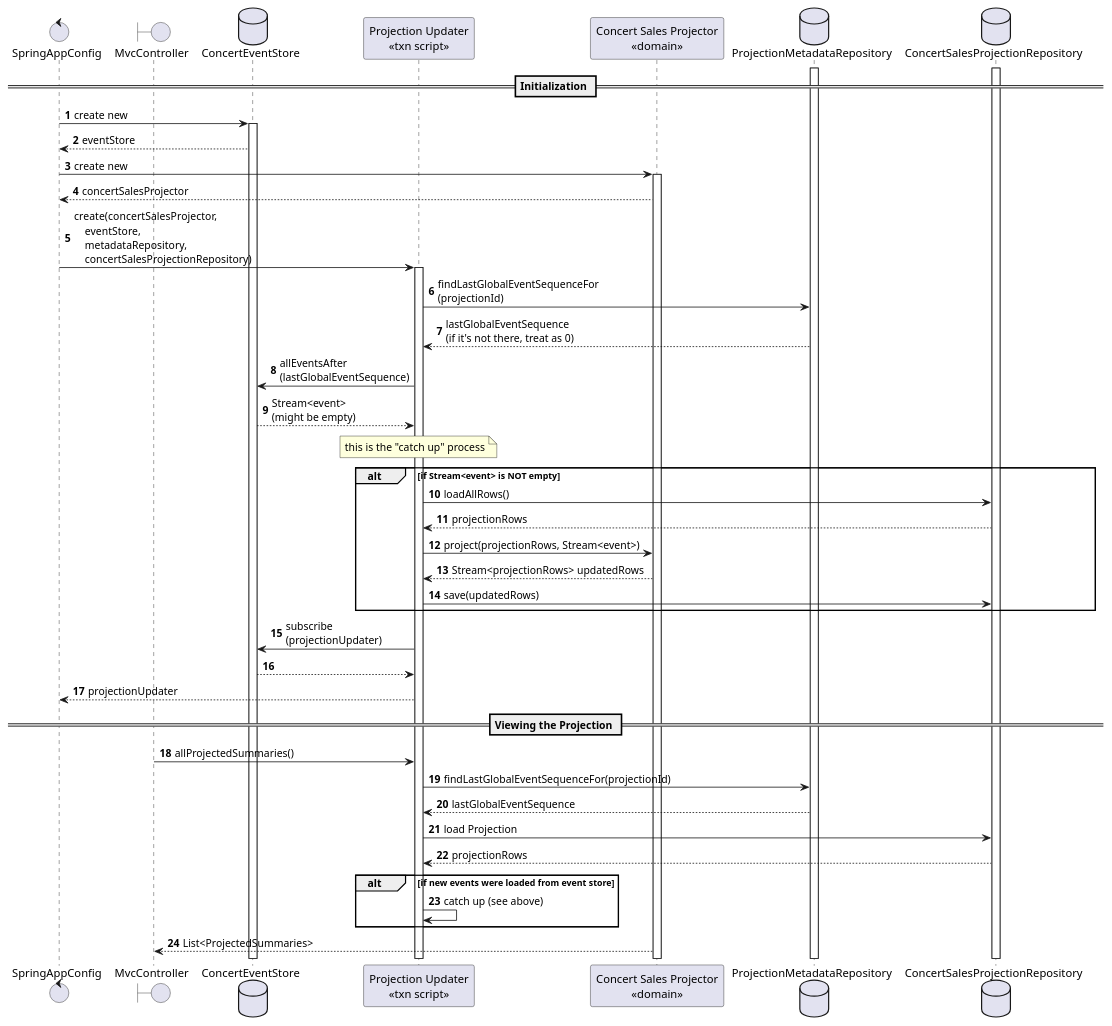
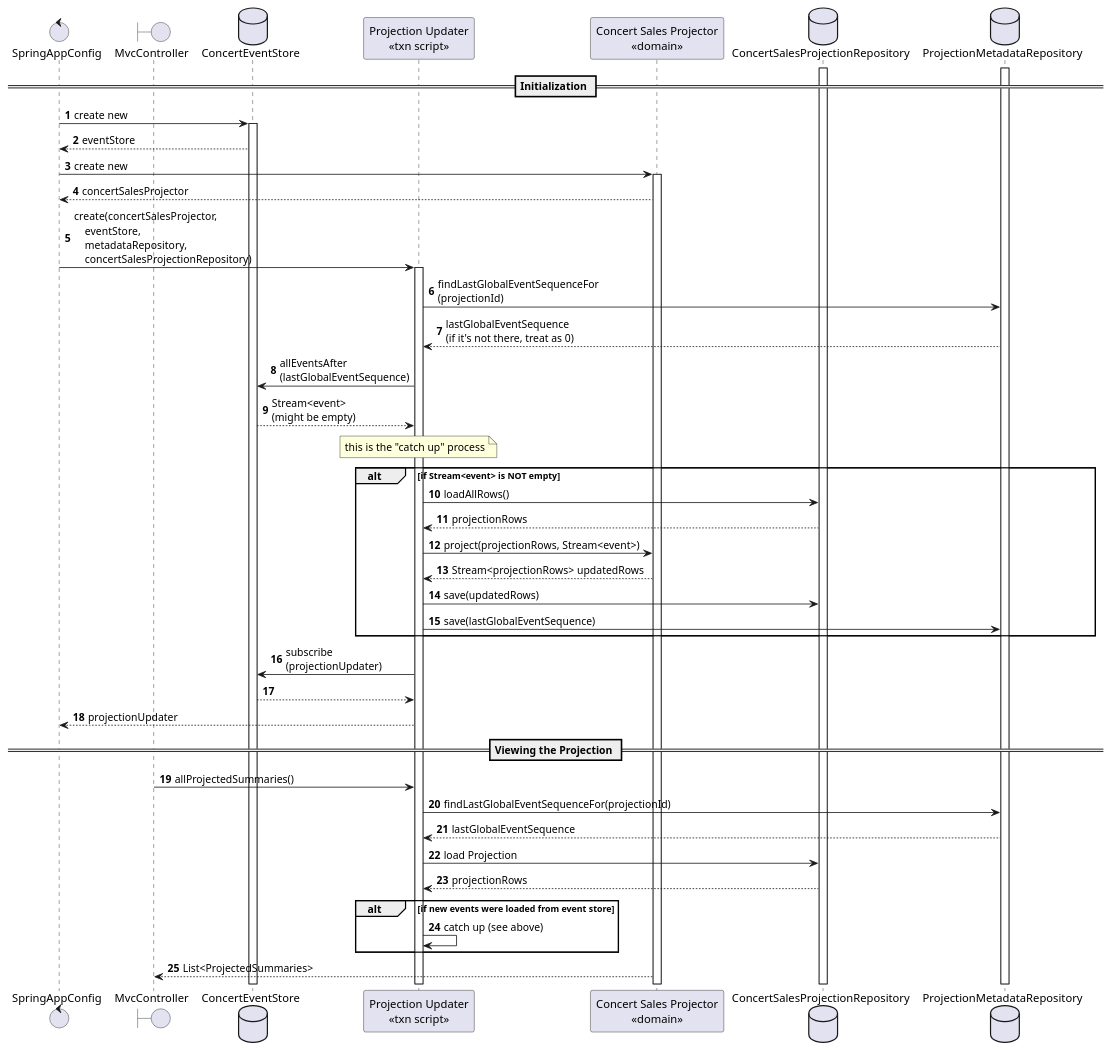
Before and after one commit to jitterted/jitterticket-event-sourced: the diagram in projector-with-separated-concerns.puml, drawn with PlantUML. The commit also changed 3 other files, not shown here.

Commit message:
ProjectionUpdater now ensures there's a metadata record (with last GES = 0) in the metadata repository for the projection

```diff
--- a/projector-with-separated-concerns.puml
+++ b/projector-with-separated-concerns.puml
@@ -1,55 +1,56 @@
 @startuml
 'https://plantuml.com/sequence-diagram
 
 autonumber
 
 control SpringAppConfig
 boundary MvcController
 database ConcertEventStore
 participant ProjectionUpdater as "Projection Updater\n<<txn script>>"
 participant ConcertSalesProjector as "Concert Sales Projector\n<<domain>>"
+database ConcertSalesProjectionRepository
 database ProjectionMetadataRepository
-database ConcertSalesProjectionRepository
 
 == Initialization ==
 
 activate ProjectionMetadataRepository
 activate ConcertSalesProjectionRepository
 SpringAppConfig -> ConcertEventStore: create new
 activate ConcertEventStore
 ConcertEventStore --> SpringAppConfig: eventStore
 SpringAppConfig -> ConcertSalesProjector: create new
 activate ConcertSalesProjector
 ConcertSalesProjector --> SpringAppConfig: concertSalesProjector
 SpringAppConfig -> ProjectionUpdater: create(concertSalesProjector,\n    eventStore,\n    metadataRepository,\n    concertSalesProjectionRepository)
 activate ProjectionUpdater
 ProjectionUpdater -> ProjectionMetadataRepository: findLastGlobalEventSequenceFor\n(projectionId)
 ProjectionMetadataRepository --> ProjectionUpdater: lastGlobalEventSequence\n(if it's not there, treat as 0)
 ProjectionUpdater -> ConcertEventStore: allEventsAfter\n(lastGlobalEventSequence)
 ConcertEventStore --> ProjectionUpdater: Stream<event>\n(might be empty)
 note over ProjectionUpdater: this is the "catch up" process
 alt if Stream<event> is NOT empty
     ProjectionUpdater -> ConcertSalesProjectionRepository: loadAllRows()
     ConcertSalesProjectionRepository --> ProjectionUpdater: projectionRows
     ProjectionUpdater -> ConcertSalesProjector: project(projectionRows, Stream<event>)
     ConcertSalesProjector --> ProjectionUpdater: Stream<projectionRows> updatedRows
     ProjectionUpdater -> ConcertSalesProjectionRepository: save(updatedRows)
+    ProjectionUpdater -> ProjectionMetadataRepository: save(lastGlobalEventSequence)
 end
 ProjectionUpdater -> ConcertEventStore: subscribe\n(projectionUpdater)
 ConcertEventStore --> ProjectionUpdater
 ProjectionUpdater --> SpringAppConfig: projectionUpdater
 
 == Viewing the Projection ==
 
 MvcController -> ProjectionUpdater: allProjectedSummaries()
 ProjectionUpdater -> ProjectionMetadataRepository: findLastGlobalEventSequenceFor(projectionId)
 ProjectionMetadataRepository --> ProjectionUpdater: lastGlobalEventSequence
 ProjectionUpdater -> ConcertSalesProjectionRepository: load Projection
 ConcertSalesProjectionRepository --> ProjectionUpdater: projectionRows
 alt if new events were loaded from event store
     ProjectionUpdater -> ProjectionUpdater: catch up (see above)
 end
 
 ConcertSalesProjector --> MvcController: List<ProjectedSummaries>
 
 @enduml
```
